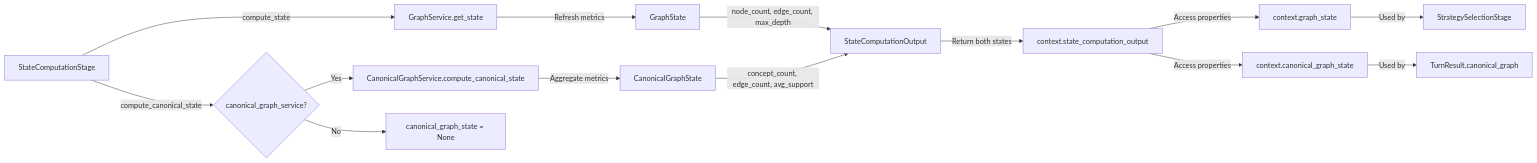
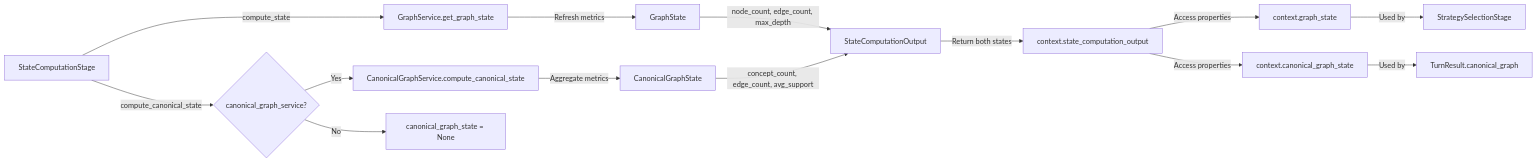
One commit to michaelarutyunov/interview-system-v2 changed diagram 12 of 16 in docs/data_flow_paths.md. Above: the diagram before and after it, drawn with Mermaid. The commit also changed other lines of this file and 1 other file, not shown here.

First line of the commit message:
docs: update pipeline_contracts.md with contract-based architecture

````diff
--- a/docs/data_flow_paths.md
+++ b/docs/data_flow_paths.md
@@ -684,21 +699,21 @@
 ```mermaid
 graph LR
-    A[StateComputationStage] -->|compute_state| B[GraphService.get_state]
+    A[StateComputationStage] -->|compute_state| B[GraphService.get_graph_state]
     A -->|compute_canonical_state| C{canonical_graph_service?}
 
     C -->|Yes| D[CanonicalGraphService.compute_canonical_state]
     C -->|No| E[canonical_graph_state = None]
 
     B -->|Refresh metrics| F[GraphState]
     D -->|Aggregate metrics| G[CanonicalGraphState]
 
     F -->|node_count, edge_count, max_depth| H[StateComputationOutput]
     G -->|concept_count, edge_count, avg_support| H
 
     H -->|Return both states| I[context.state_computation_output]
     I -->|Access properties| J[context.graph_state]
     I -->|Access properties| K[context.canonical_graph_state]
 
     J -->|Used by| L[StrategySelectionStage]
     K -->|Used by| M[TurnResult.canonical_graph]
 ```
````
